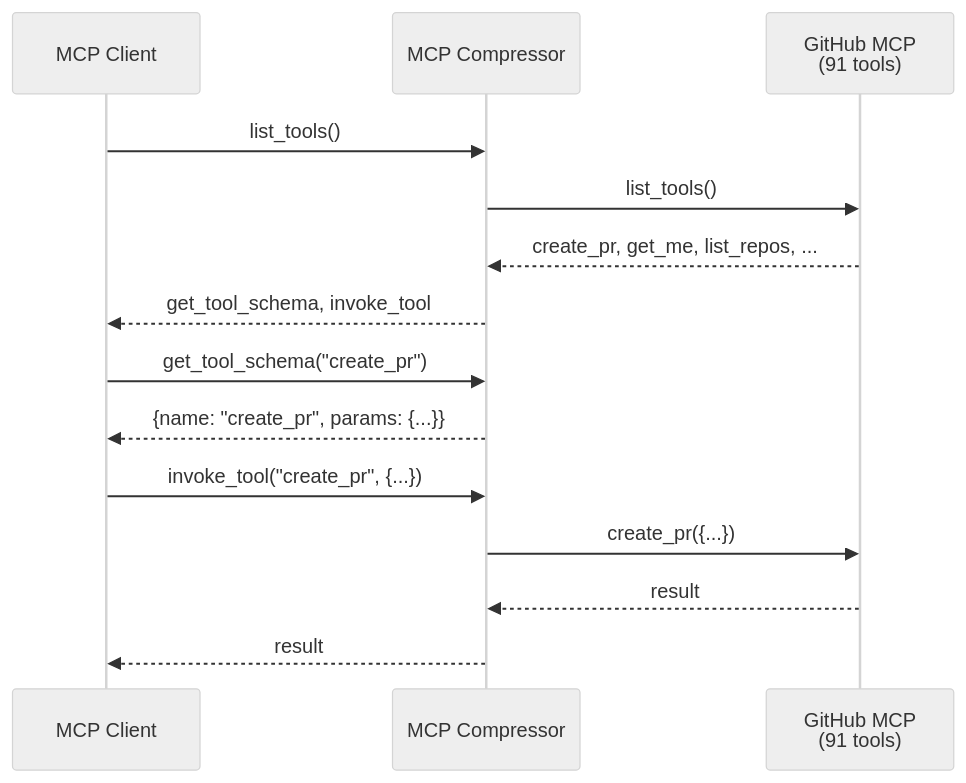
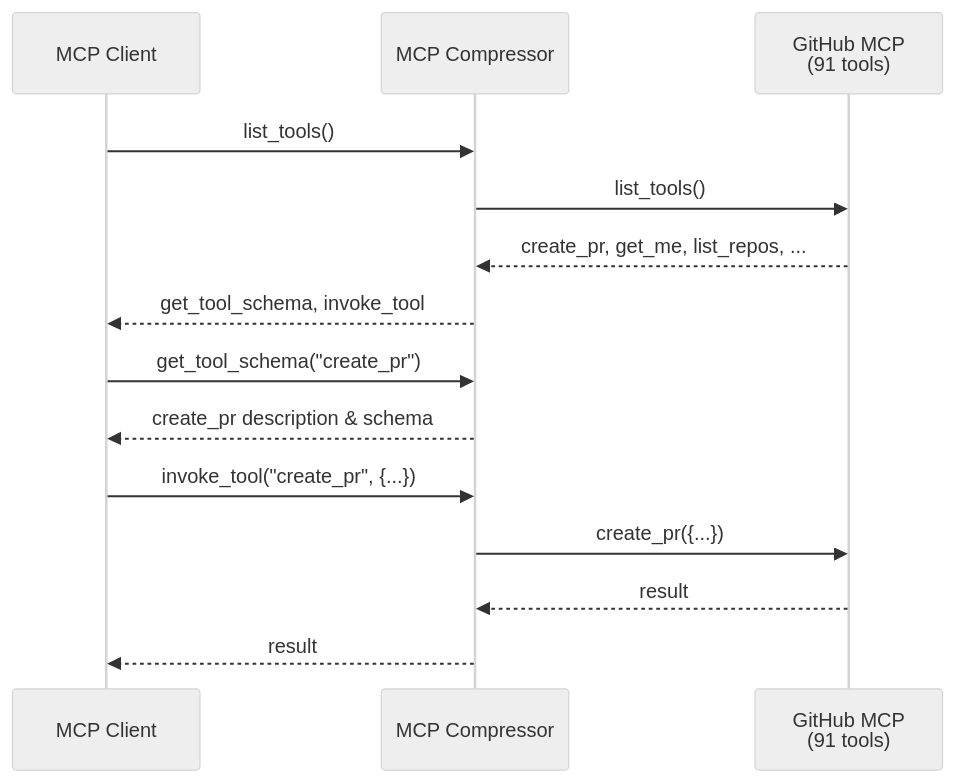
The second of 2 diagrams in README.md (atlassian-labs/mcp-compressor), drawn with Mermaid (neutral theme) before and after one commit. The commit also changed other lines of this file, not shown here.

Commit message:
Improve diagram

````diff
--- a/README.md
+++ b/README.md
@@ -190,19 +184,19 @@
 ```mermaid
 sequenceDiagram
     participant Client as MCP Client
     participant Compressor as MCP Compressor
     participant Server as GitHub MCP<br/>(91 tools)
 
     Client->>Compressor: list_tools()
     Compressor->>Server: list_tools()
     Server-->>Compressor: create_pr, get_me, list_repos, ...
     Compressor-->>Client: get_tool_schema, invoke_tool
 
     Client->>Compressor: get_tool_schema("create_pr")
-    Compressor-->>Client: {name: "create_pr", params: {...}}
+    Compressor-->>Client: create_pr description & schema
 
     Client->>Compressor: invoke_tool("create_pr", {...})
     Compressor->>Server: create_pr({...})
     Server-->>Compressor: result
     Compressor-->>Client: result
 ```
````
